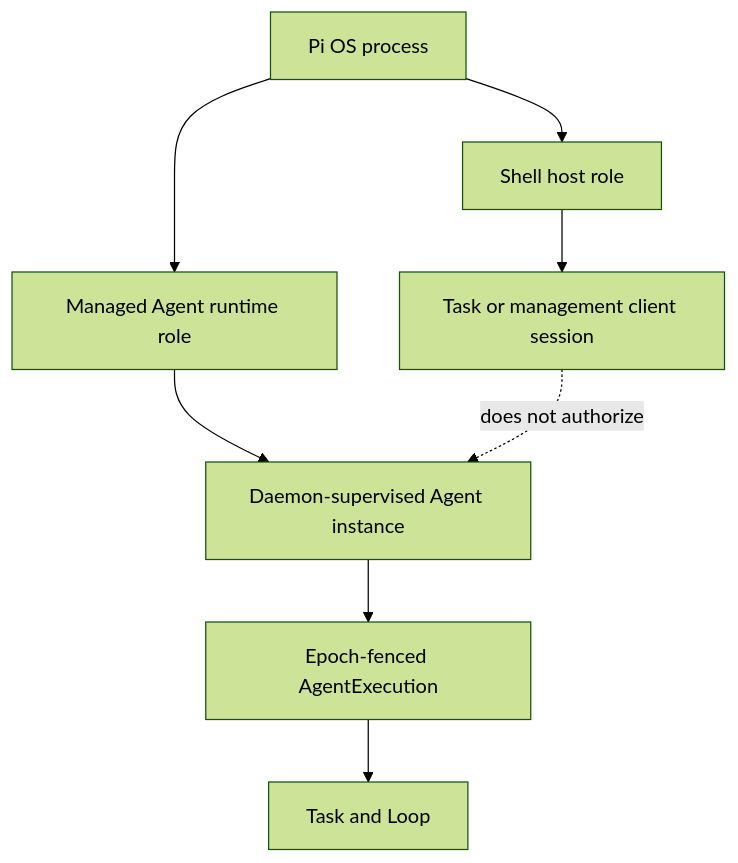
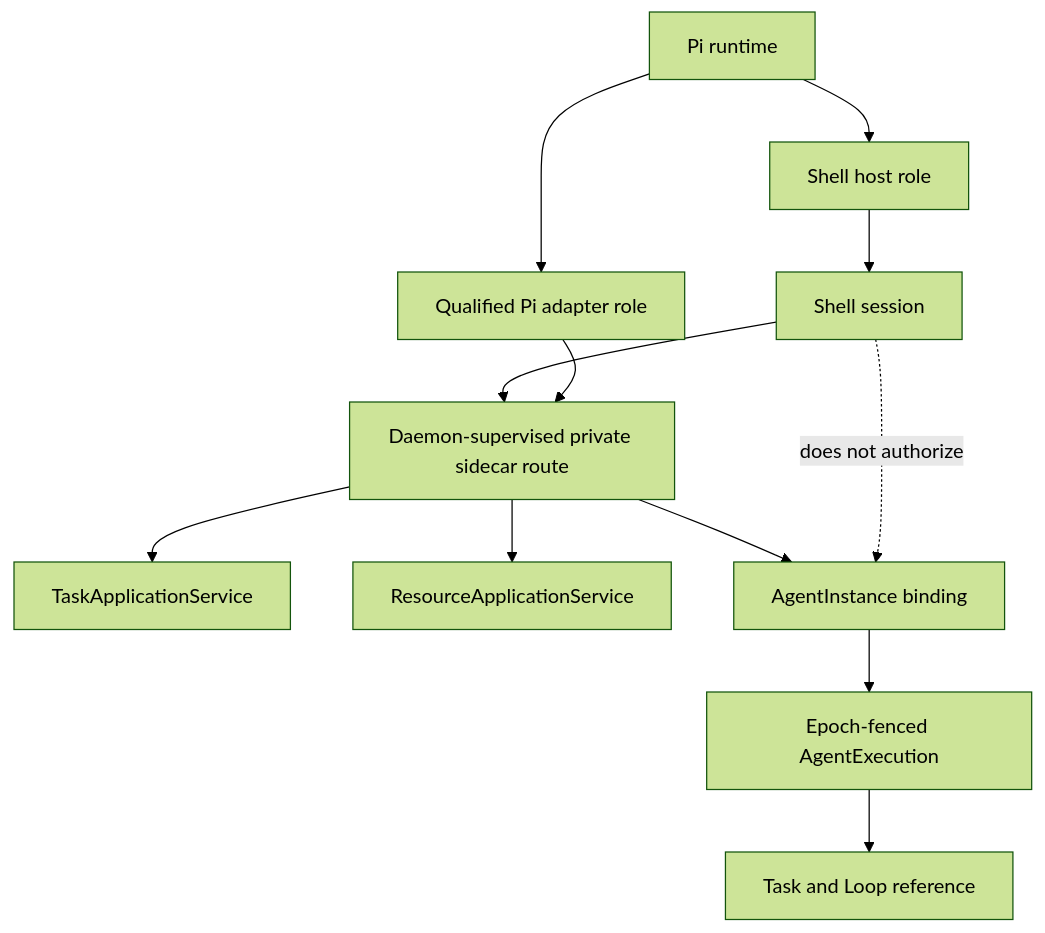
Before and after one commit to agentkernel/cognitive-os: the diagram in docs/architecture/personal/agent-shell-and-agent-lifecycle.md, drawn with Mermaid (forest theme). The commit also changed other lines of this file and 22 other files, not shown here.

````diff
--- a/docs/architecture/personal/agent-shell-and-agent-lifecycle.md
+++ b/docs/architecture/personal/agent-shell-and-agent-lifecycle.md
@@ -27,10 +34,14 @@
 ```mermaid
 flowchart TB
-  piProcess["Pi OS process"] --> shellRole["Shell host role"]
-  piProcess --> agentRole["Managed Agent runtime role"]
-  shellRole --> clientSession["Task or management client session"]
-  agentRole --> agentInstance["Daemon-supervised Agent instance"]
-  clientSession -. "does not authorize" .-> agentInstance
-  agentInstance --> execution["Epoch-fenced AgentExecution"]
-  execution --> task["Task and Loop"]
+  piRuntime["Pi runtime"] --> shellRole["Shell host role"]
+  piRuntime --> adapterRole["Qualified Pi adapter role"]
+  shellRole --> shellSession["Shell session"]
+  shellSession --> sidecarRoute["Daemon-supervised private sidecar route"]
+  adapterRole --> sidecarRoute
+  sidecarRoute --> taskApplication["TaskApplicationService"]
+  sidecarRoute --> resourceApplication["ResourceApplicationService"]
+  sidecarRoute --> agentInstance["AgentInstance binding"]
+  agentInstance --> agentExecution["Epoch-fenced AgentExecution"]
+  agentExecution --> taskLoop["Task and Loop reference"]
+  shellSession -. "does not authorize" .-> agentInstance
 ```
````
